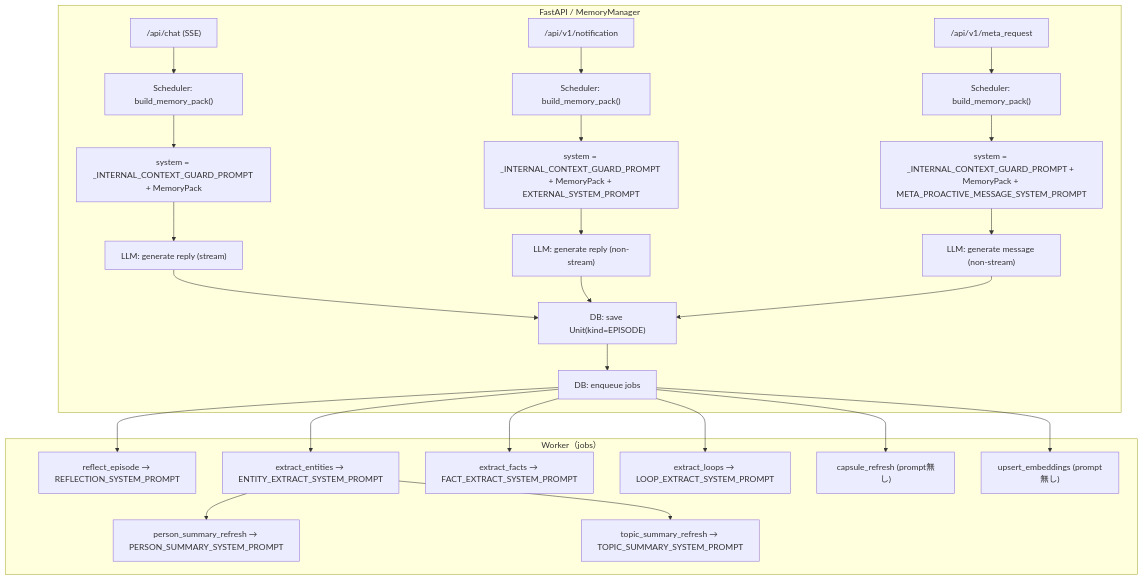
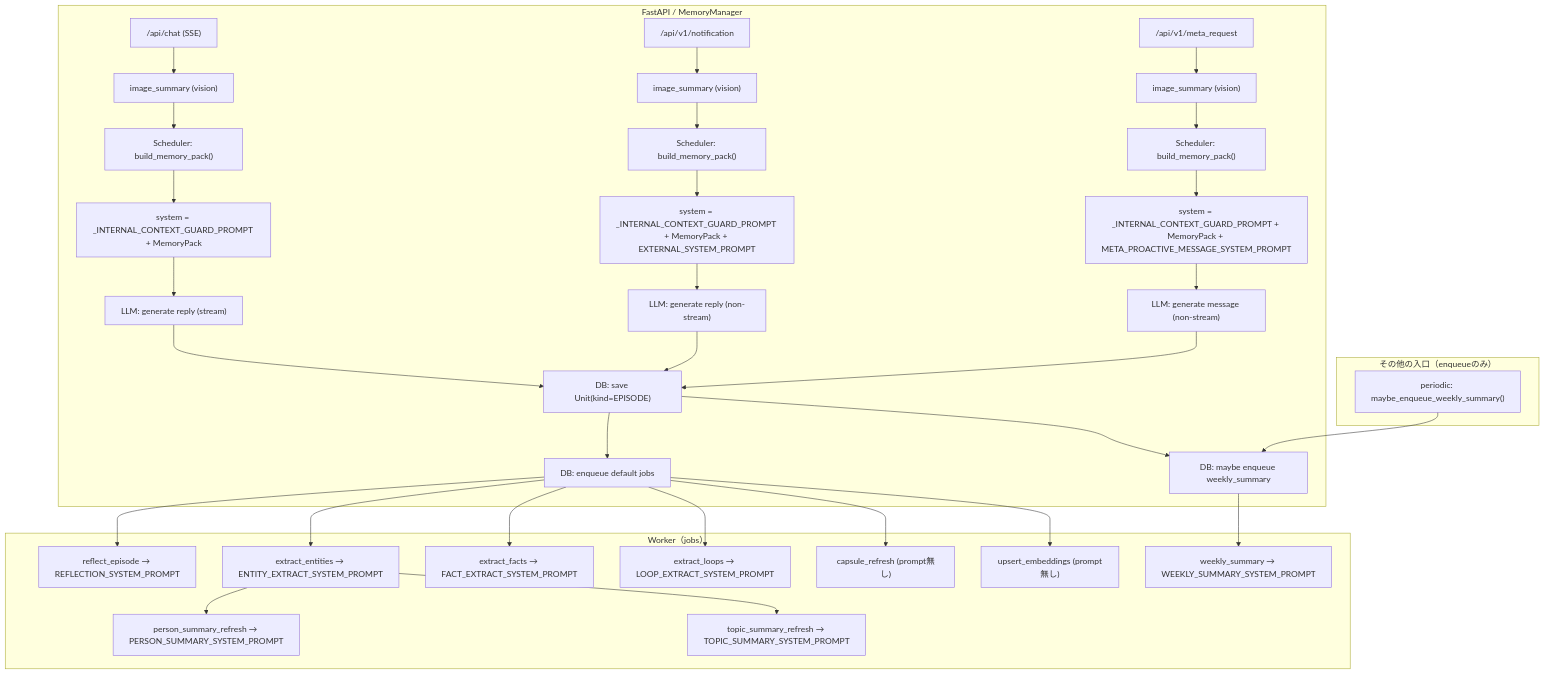
One commit to hirona98/cocoro_ghost changed the first of 4 diagrams in docs/prompt_usage_map.md. Above: the diagram before and after it, drawn with Mermaid. The commit also changed other lines of this file and 4 other files, not shown here.

````diff
--- a/docs/prompt_usage_map.md
+++ b/docs/prompt_usage_map.md
@@ -28,33 +30,43 @@
 ```mermaid
 flowchart TD
   subgraph API["FastAPI / MemoryManager"]
-    CHAT["/api/chat (SSE)"] --> PACK["Scheduler: build_memory_pack()"]
-    NOTIF["/api/v1/notification"] --> PACKN["Scheduler: build_memory_pack()"]
-    META["/api/v1/meta_request"] --> PACKM["Scheduler: build_memory_pack()"]
+    CHAT["/api/chat (SSE)"] --> IMGC["image_summary (vision)"]
+    NOTIF["/api/v1/notification"] --> IMGN["image_summary (vision)"]
+    META["/api/v1/meta_request"] --> IMGM["image_summary (vision)"]
+
+    IMGC --> PACK["Scheduler: build_memory_pack()"]
+    IMGN --> PACKN["Scheduler: build_memory_pack()"]
+    IMGM --> PACKM["Scheduler: build_memory_pack()"]
 
     PACK --> SYS_CHAT["system = _INTERNAL_CONTEXT_GUARD_PROMPT + MemoryPack"]
     PACKN --> SYS_NOTIF["system = _INTERNAL_CONTEXT_GUARD_PROMPT + MemoryPack + EXTERNAL_SYSTEM_PROMPT"]
     PACKM --> SYS_META["system = _INTERNAL_CONTEXT_GUARD_PROMPT + MemoryPack + META_PROACTIVE_MESSAGE_SYSTEM_PROMPT"]
 
     SYS_CHAT --> LLM_CHAT["LLM: generate reply (stream)"]
     SYS_NOTIF --> LLM_NOTIF["LLM: generate reply (non-stream)"]
     SYS_META --> LLM_META["LLM: generate message (non-stream)"]
 
     LLM_CHAT --> SAVE_EP["DB: save Unit(kind=EPISODE)"]
     LLM_NOTIF --> SAVE_EP
     LLM_META --> SAVE_EP
 
-    SAVE_EP --> ENQ["DB: enqueue jobs"]
+    SAVE_EP --> ENQ["DB: enqueue default jobs"]
+    SAVE_EP --> ENQW_MAYBE["DB: maybe enqueue weekly_summary"]
   end
 
   subgraph WORKER["Worker（jobs）"]
     ENQ --> REFLECT["reflect_episode → REFLECTION_SYSTEM_PROMPT"]
     ENQ --> ENT["extract_entities → ENTITY_EXTRACT_SYSTEM_PROMPT"]
     ENQ --> FACT["extract_facts → FACT_EXTRACT_SYSTEM_PROMPT"]
     ENQ --> LOOP["extract_loops → LOOP_EXTRACT_SYSTEM_PROMPT"]
     ENQ --> CAPR["capsule_refresh (prompt無し)"]
     ENQ --> EMB["upsert_embeddings (prompt無し)"]
     ENT --> PERS["person_summary_refresh → PERSON_SUMMARY_SYSTEM_PROMPT"]
     ENT --> TOP["topic_summary_refresh → TOPIC_SUMMARY_SYSTEM_PROMPT"]
+    ENQW_MAYBE --> WEEK["weekly_summary → WEEKLY_SUMMARY_SYSTEM_PROMPT"]
+  end
+
+  subgraph OTHER["その他の入口（enqueueのみ）"]
+    PERIODIC["periodic: maybe_enqueue_weekly_summary()"] --> ENQW_MAYBE
   end
 ```
````
